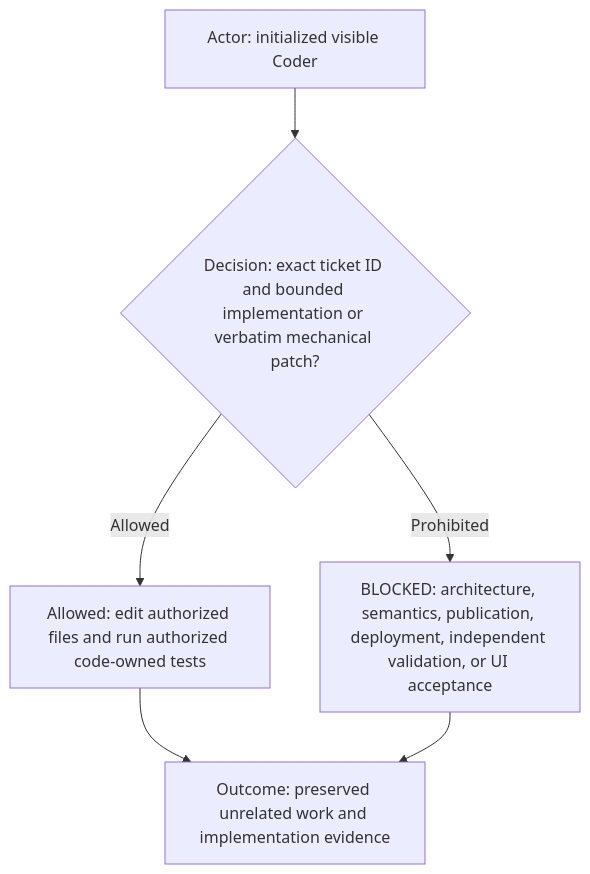
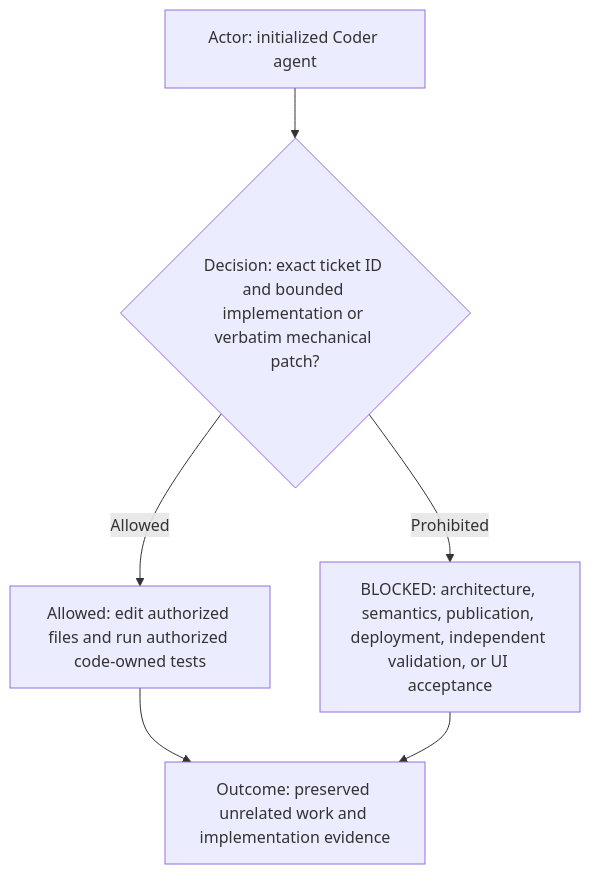
Before and after one commit to starodubtsevconsulting/ai-fleas: the fourth of 10 diagrams in ai-workflows/_common/roles/coder.md, drawn with Mermaid. The commit also changed other lines of this file and 15 other files, not shown here.

````diff
--- a/ai-workflows/_common/roles/coder.md
+++ b/ai-workflows/_common/roles/coder.md
@@ -74,8 +74,8 @@
 ```mermaid
 flowchart TD
-  Actor["Actor: initialized visible Coder"] --> Decision{"Decision: exact ticket ID and bounded implementation or verbatim mechanical patch?"}
+  Actor["Actor: initialized Coder agent"] --> Decision{"Decision: exact ticket ID and bounded implementation or verbatim mechanical patch?"}
   Decision -->|Allowed| Route["Allowed: edit authorized files and run authorized code-owned tests"]
   Decision -->|Prohibited| Blocked["BLOCKED: architecture, semantics, publication, deployment, independent validation, or UI acceptance"]
   Route --> Outcome["Outcome: preserved unrelated work and implementation evidence"]
   Blocked --> Outcome
 ```
````
